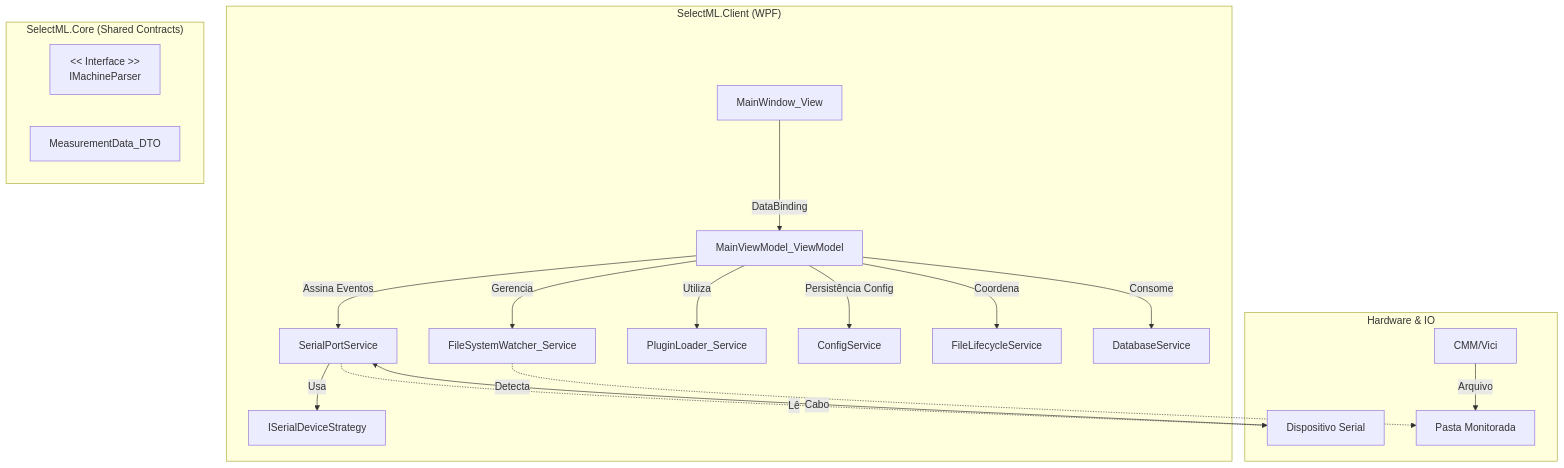
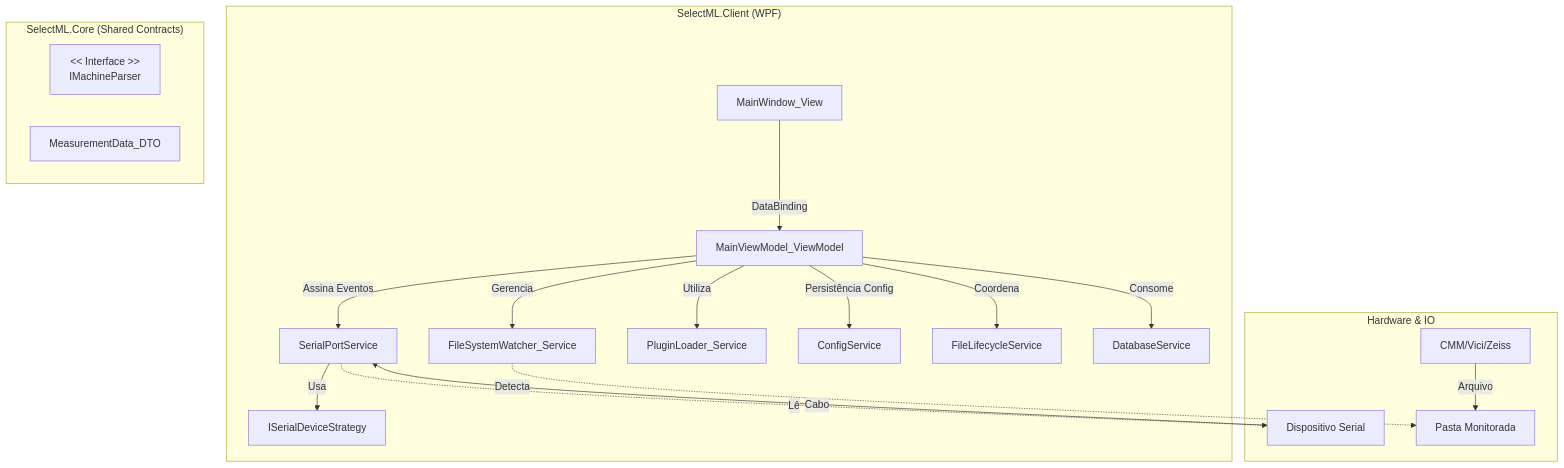
One commit to ramso-adnarim/SelectML changed the diagram in docs/ARCHITECTURE.md. Above: the diagram before and after it, drawn with Mermaid. The commit also changed other lines of this file and 16 other files, not shown here.

````diff
--- a/docs/ARCHITECTURE.md
+++ b/docs/ARCHITECTURE.md
@@ -9,27 +9,27 @@
 ```mermaid
 graph TD
     subgraph "SelectML.Client (WPF)"
         View[MainWindow_View] -->|DataBinding| VM[MainViewModel_ViewModel]
         VM -->|Gerencia| FSW[FileSystemWatcher_Service]
         VM -->|Assina Eventos| SS[SerialPortService]
         VM -->|Utiliza| PL[PluginLoader_Service]
         VM -->|Persistência Config| CS[ConfigService]
         VM -->|Coordena| FLS[FileLifecycleService]
         VM -->|Consome| DB[DatabaseService]
         
         SS -->|Usa| STR[ISerialDeviceStrategy]
     end
 
     subgraph "SelectML.Core (Shared Contracts)"
         IMP[<< Interface >>\nIMachineParser]
         DTO[MeasurementData_DTO]
     end
 
     subgraph "Hardware & IO"
         RS232[Dispositivo Serial] -- Cabo --> SS
-        CMM[CMM/Vici] -- Arquivo --> DISK[Pasta Monitorada]
+        CMM[CMM/Vici/Zeiss] -- Arquivo --> DISK[Pasta Monitorada]
     end
 
     FSW -.->|Detecta| DISK
     SS -.->|Lê| RS232
 ```
````
